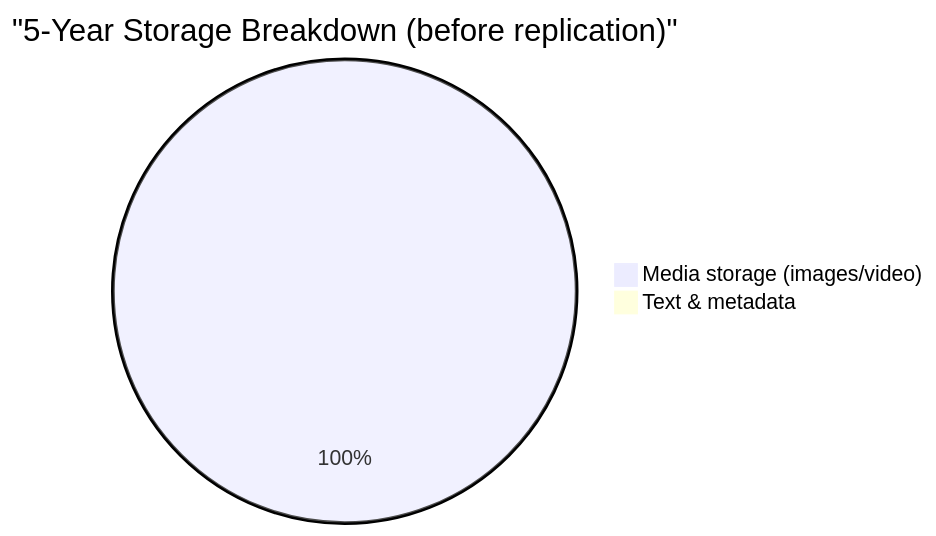
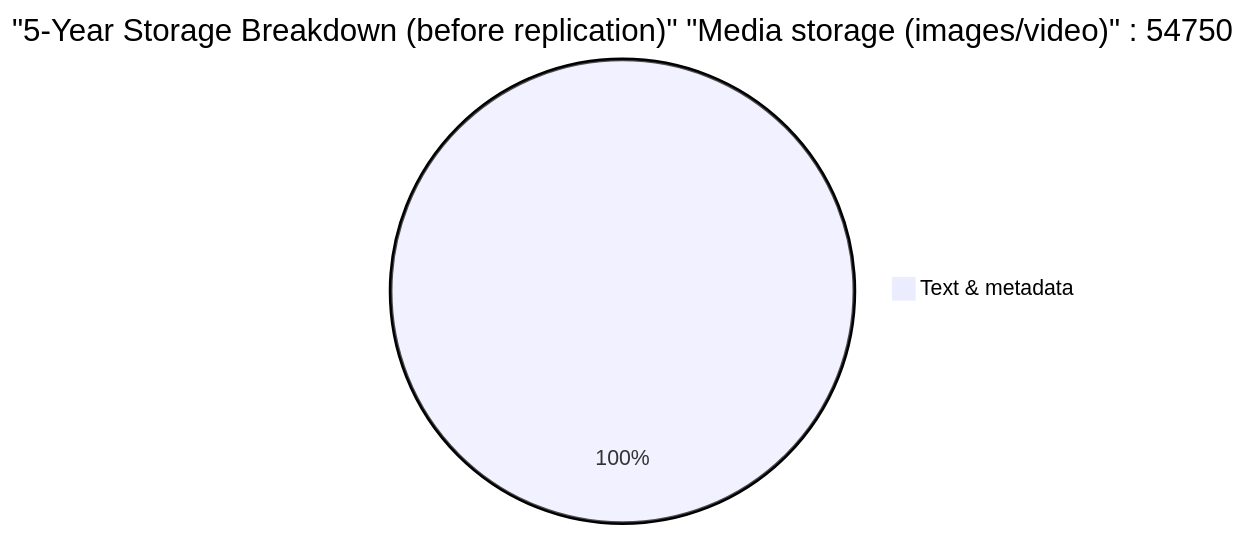
The sixth of 10 diagrams in content/posts/2026/back-of-the-envelope-estimation.md (devops-monk/system-design-blog), drawn with Mermaid before and after one commit. The commit also changed other lines of this file and 5 other files, not shown here.

````diff
--- a/content/posts/2026/back-of-the-envelope-estimation.md
+++ b/content/posts/2026/back-of-the-envelope-estimation.md
@@ -392,5 +390,4 @@
 ```mermaid
-pie title "5-Year Storage Breakdown (before replication)"
-    "Media storage (images/video)" : 54750
+pie title "5-Year Storage Breakdown (before replication)" "Media storage (images/video)" : 54750
     "Text & metadata" : 109
 ```
````
